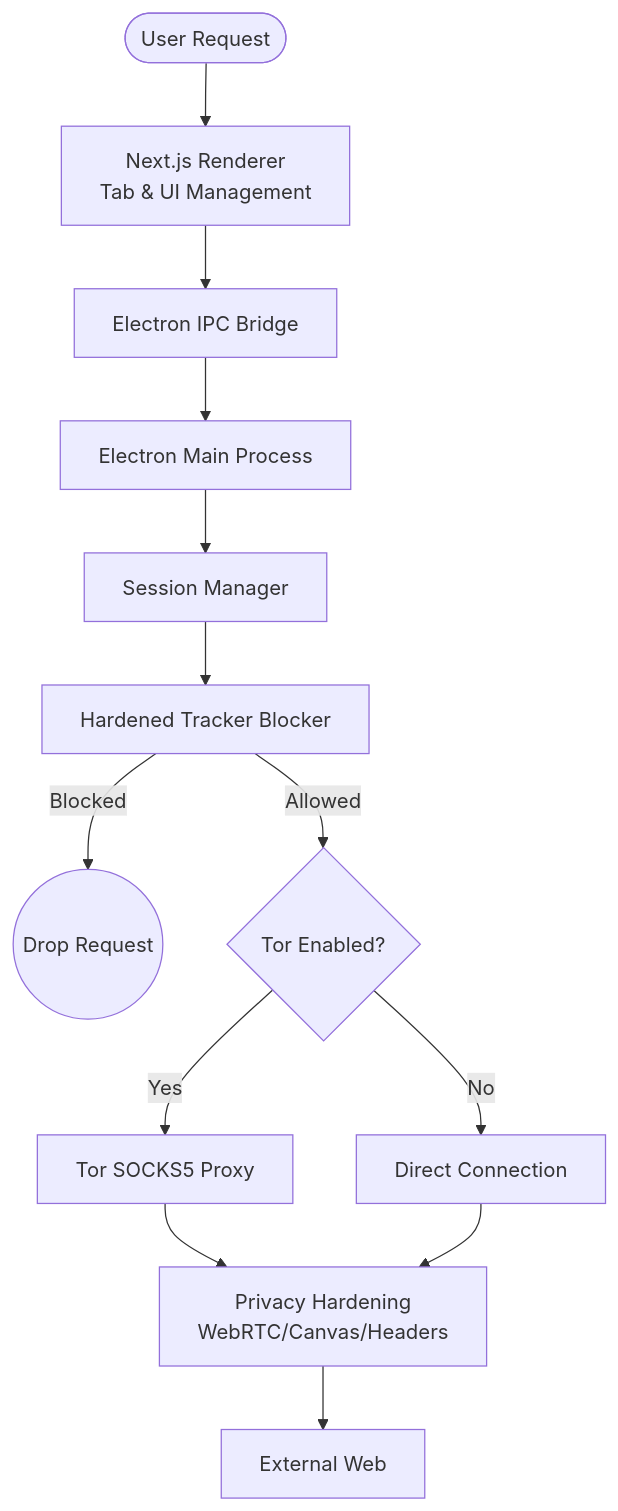
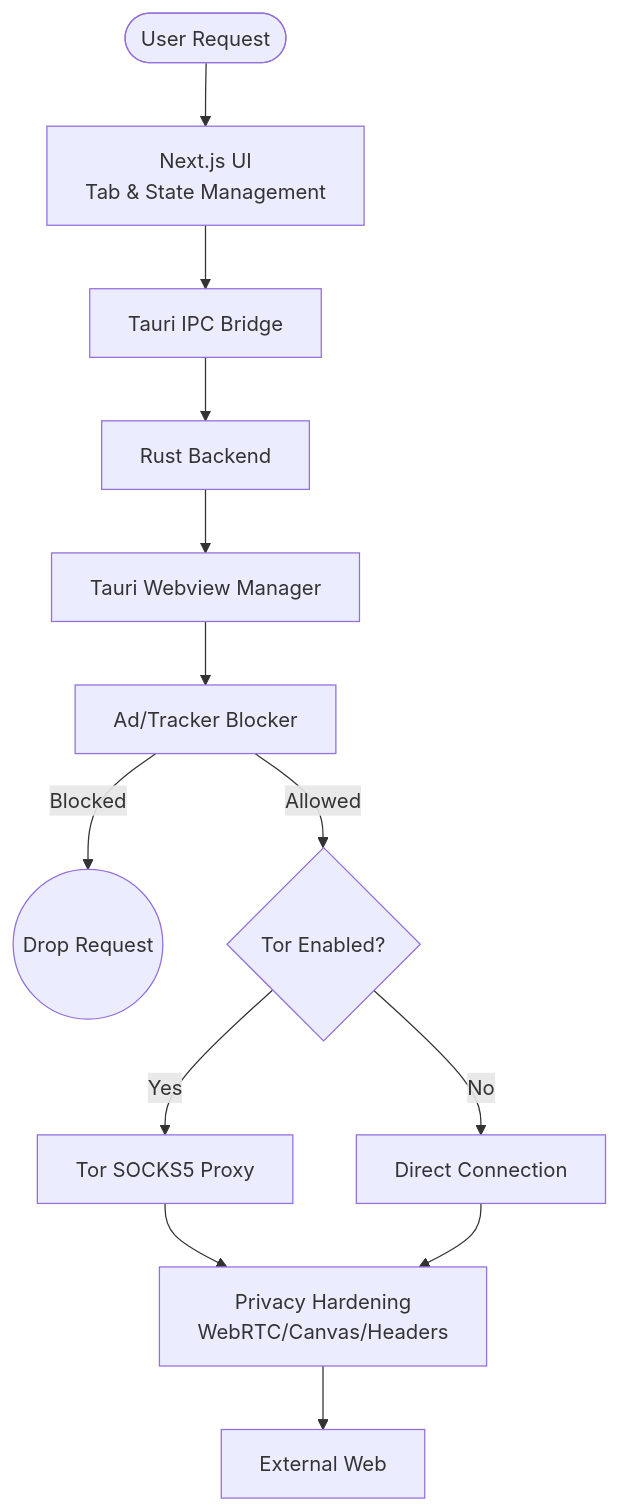
The diagram in README.md (BGx-11/Veil), drawn with Mermaid before and after one commit. The commit also changed other lines of this file and 81 other files, not shown here.

Commit message:
chore: migrate to Tauri, remove Electron and old binaries

````diff
--- a/README.md
+++ b/README.md
@@ -50,20 +51,20 @@
 ```mermaid
 flowchart TD
-    User([User Request]) --> Renderer
-    Renderer[Next.js Renderer \n Tab & UI Management] --> IPC[Electron IPC Bridge]
-    IPC --> Main[Electron Main Process]
+    User([User Request]) --> UI
+    UI[Next.js UI \n Tab & State Management] --> IPC[Tauri IPC Bridge]
+    IPC --> Backend[Rust Backend]
     
-    Main --> Session[Session Manager]
-    Session --> Filter[Hardened Tracker Blocker]
+    Backend --> Manager[Tauri Webview Manager]
+    Manager --> Filter[Ad/Tracker Blocker]
     
     Filter -->|Blocked| Drop((Drop Request))
     Filter -->|Allowed| Routing{Tor Enabled?}
     
     Routing -->|Yes| Tor[Tor SOCKS5 Proxy]
     Routing -->|No| Direct[Direct Connection]
     
     Tor --> Hardening[Privacy Hardening \n WebRTC/Canvas/Headers]
     Direct --> Hardening
     
     Hardening --> Web[External Web]
 ```
````
